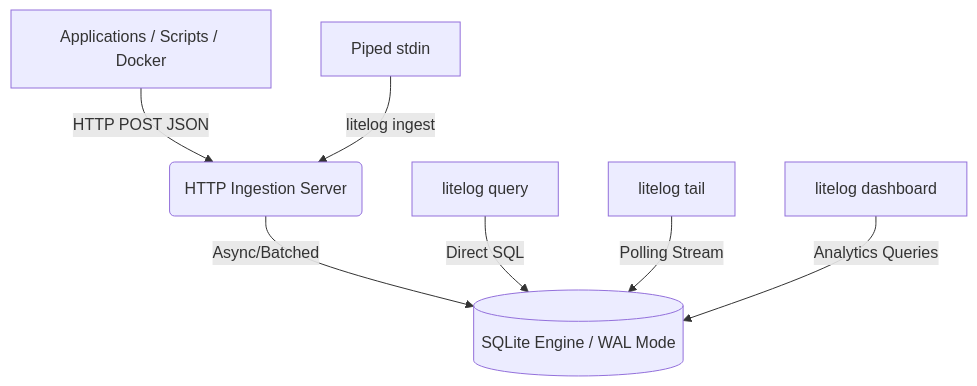
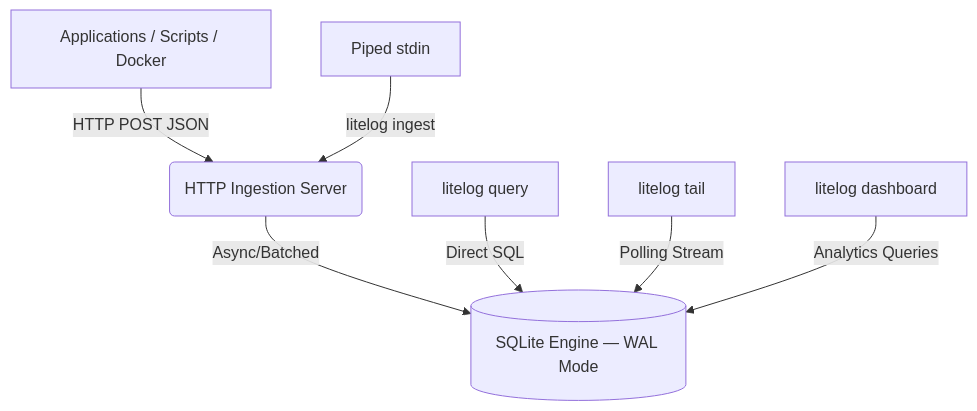
The diagram in README.md (yashnaiduu/Litelog), drawn with Mermaid before and after one commit. The commit also changed other lines of this file and 12 other files, not shown here.

````diff
--- a/README.md
+++ b/README.md
@@ -114,9 +146,9 @@
 ```mermaid
 flowchart TD
     A[Applications / Scripts / Docker] -->|HTTP POST JSON| B(HTTP Ingestion Server)
     A2[Piped stdin] -->|litelog ingest| B
-    B -->|Async/Batched| D[(SQLite Engine / WAL Mode)]
+    B -->|Async/Batched| D[(SQLite Engine — WAL Mode)]
     E[litelog query] -->|Direct SQL| D
     F[litelog tail] -->|Polling Stream| D
     G[litelog dashboard] -->|Analytics Queries| D
 ```
````
